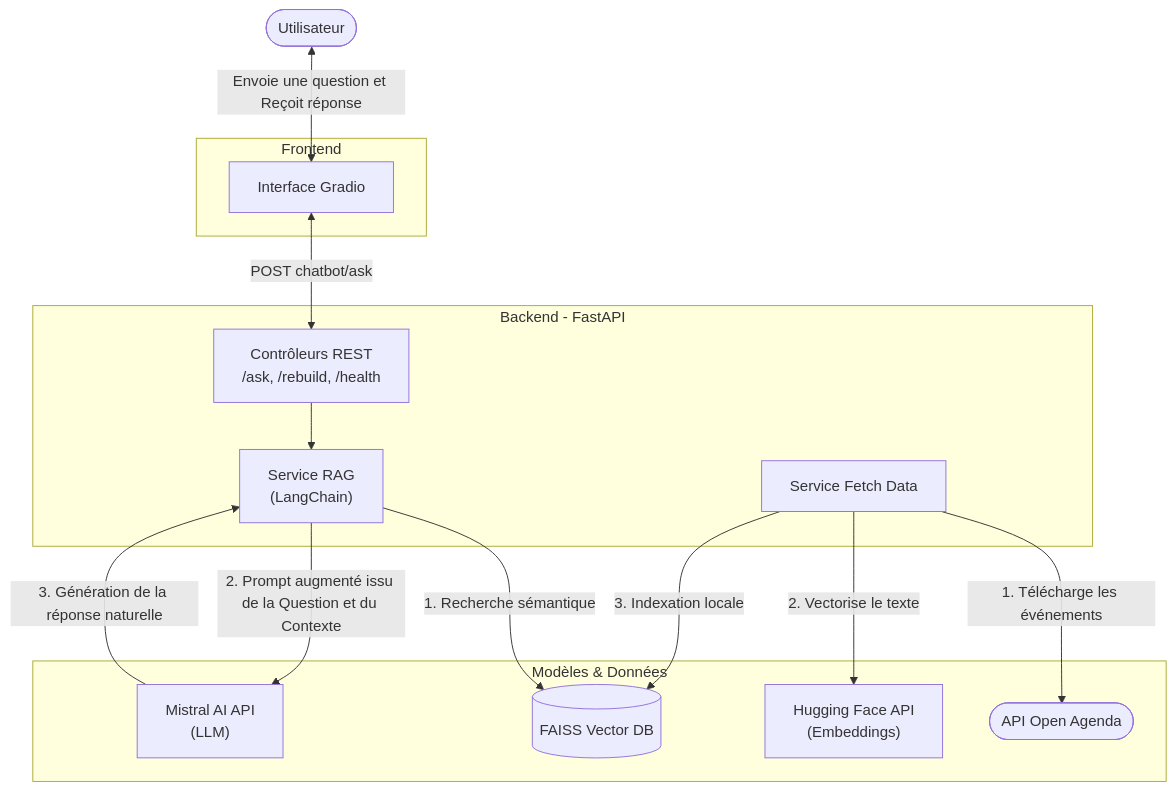
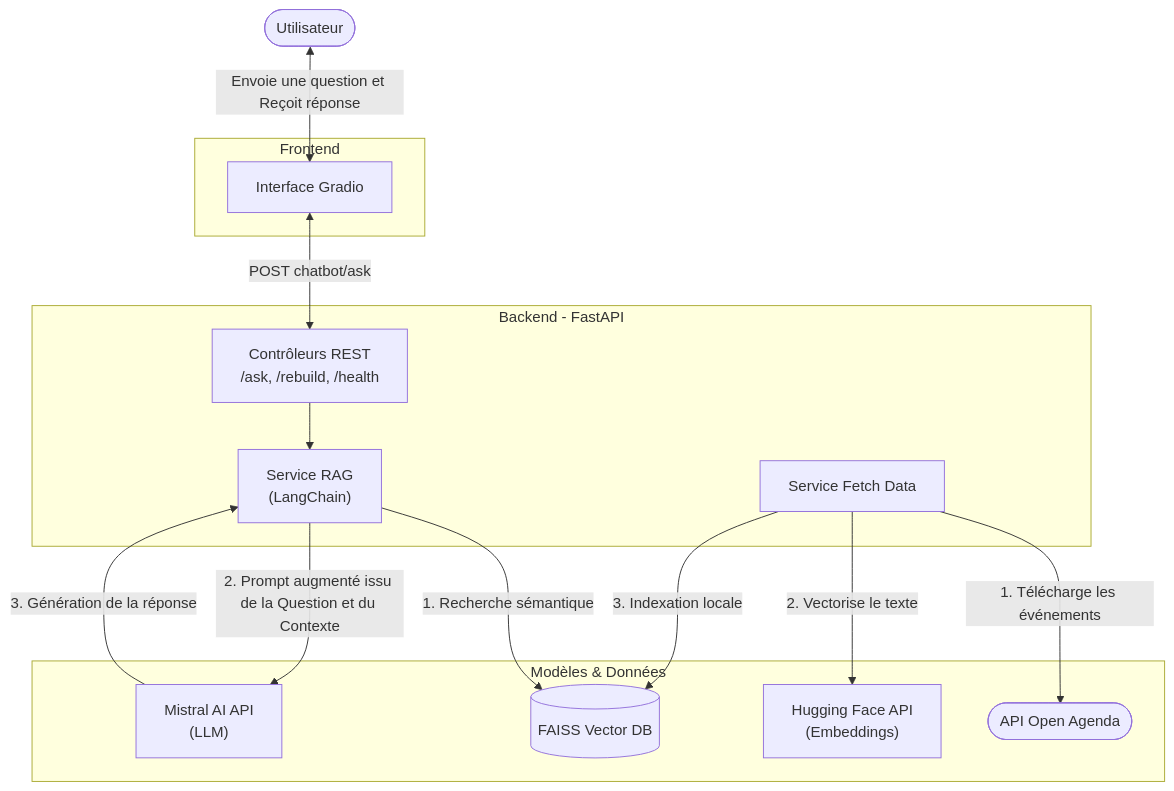
The diagram in README.md (MarieSainte/puls-events-chatbot), drawn with Mermaid before and after one commit.

````diff
--- a/README.md
+++ b/README.md
@@ -11,40 +11,40 @@
 ```mermaid
 flowchart TD
     %% Acteurs
     User(["Utilisateur"])
     
     %% Frontend
     subgraph "Frontend"
         Gradio["Interface Gradio"]
     end
 
     %% Backend
     subgraph "Backend - FastAPI"
         FastAPI_Router["Contrôleurs REST\n/ask, /rebuild, /health"]
         Chatbot_Service["Service RAG\n(LangChain)"]
         Data_Service["Service Fetch Data"]
     end
 
     %% Externe & BD
     subgraph "Modèles & Données"
         FAISS[("FAISS Vector DB")]
         Mistral["Mistral AI API\n(LLM)"]
         HF["Hugging Face API\n(Embeddings)"]
         OpenAgenda(["API Open Agenda"])
     end
 
     %% Intéractions
     User <-->|Envoie une question et Reçoit réponse| Gradio
     Gradio <-->|POST chatbot/ask| FastAPI_Router
     FastAPI_Router --> Chatbot_Service
     
     %% Ingestion
     Data_Service -->|1. Télécharge les événements| OpenAgenda
     Data_Service -->|2. Vectorise le texte| HF
     Data_Service -->|3. Indexation locale| FAISS
     
     %% RAG Workflow
     Chatbot_Service -->|1. Recherche sémantique| FAISS
     Chatbot_Service -->|2. Prompt augmenté issu de la Question et du Contexte| Mistral
-    Mistral -->|3. Génération de la réponse naturelle| Chatbot_Service
+    Mistral -->|3. Génération de la réponse| Chatbot_Service
 ```
````
